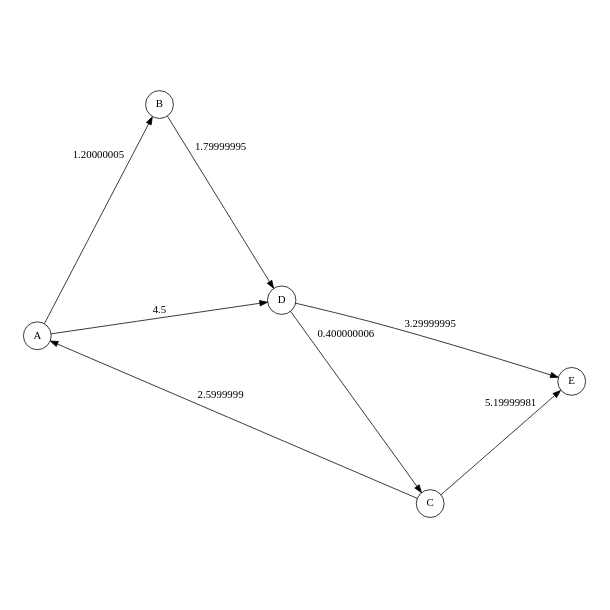
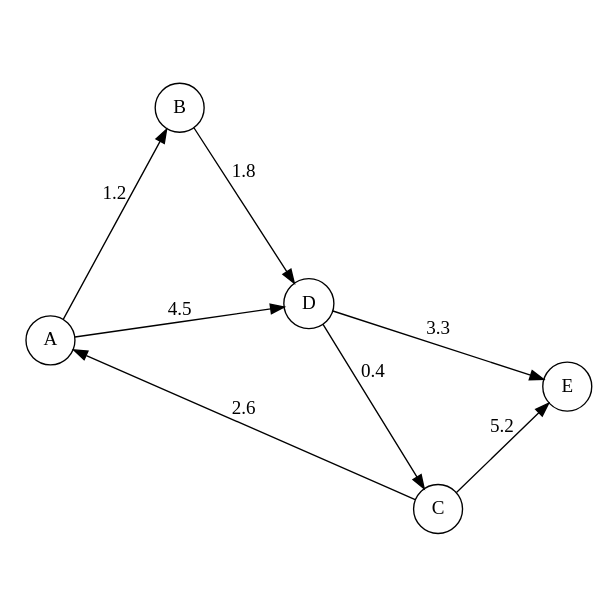
The diagram in sw_dev/cpp/ext/data/visualization/graphviz/graphviz_test.dot (sangwook236/SWDT), drawn with Graphviz before and after one commit. The commit also changed 1 other file, not shown here.

```diff
--- a/sw_dev/cpp/ext/data/visualization/graphviz/graphviz_test.dot
+++ b/sw_dev/cpp/ext/data/visualization/graphviz/graphviz_test.dot
@@ -1,16 +1,16 @@
 digraph G {
 	graph [rankdir=LR, ratio=fill, size="3,3"];
 	node [shape=circle];
 	0[label=A];
 	1[label=B];
 	2[label=C];
 	3[label=D];
 	4[label=E];
-	0->1 [label=1.20000005];
+	0->1 [label=1.2];
 	0->3 [label=4.5];
-	2->0 [label=2.5999999];
-	3->2 [label=0.400000006];
-	2->4 [label=5.19999981];
-	1->3 [label=1.79999995];
-	3->4 [label=3.29999995];
+	2->0 [label=2.6];
+	3->2 [label=0.4];
+	2->4 [label=5.2];
+	1->3 [label=1.8];
+	3->4 [label=3.3];
 }
```
